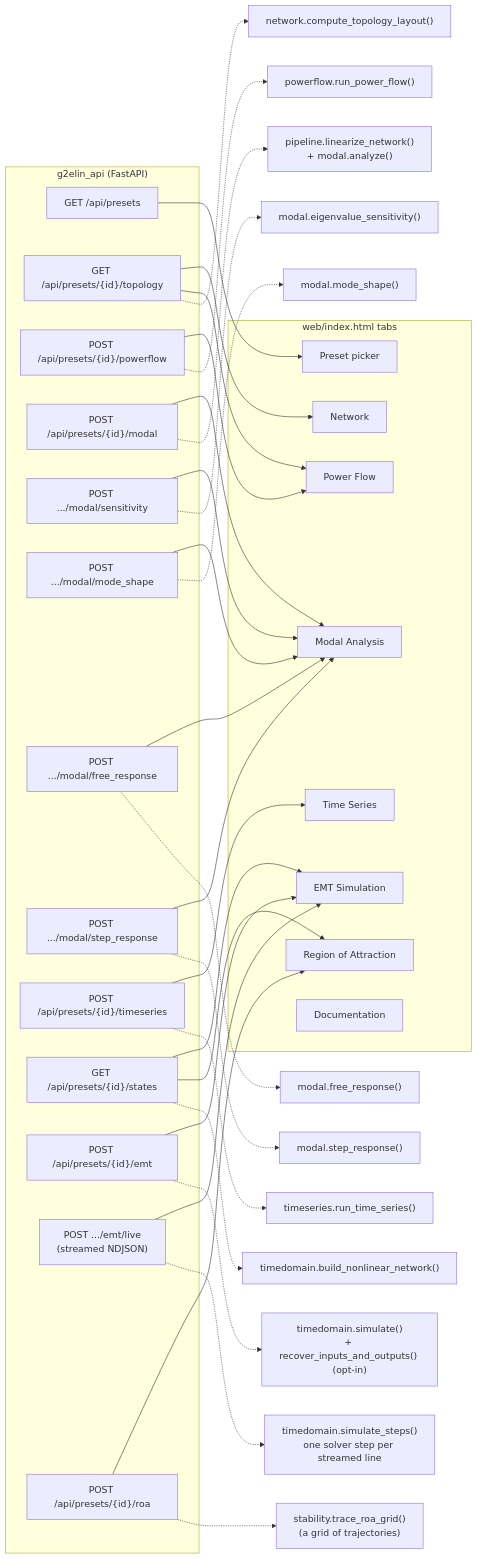
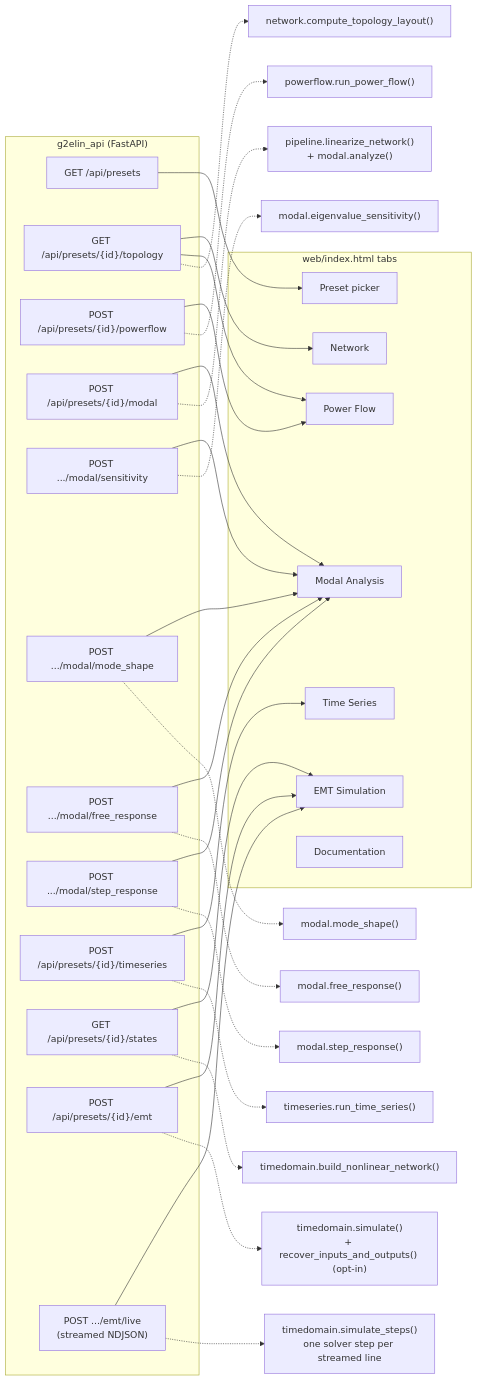
Before and after one commit to FKELADA/G2ELin: the first of 2 diagrams in python/docs/sphinx/api_and_web.md, drawn with Mermaid. The commit also changed other lines of this file and 33 other files, not shown here.

````diff
--- a/python/docs/sphinx/api_and_web.md
+++ b/python/docs/sphinx/api_and_web.md
@@ -12,56 +12,51 @@
 ```{mermaid}
 flowchart LR
     subgraph API["g2elin_api (FastAPI)"]
         EP1["GET /api/presets"]
         EPT["GET /api/presets/{id}/topology"]
         EP2["POST /api/presets/{id}/powerflow"]
         EP3["POST /api/presets/{id}/modal"]
         EP3S["POST .../modal/sensitivity"]
         EP3M["POST .../modal/mode_shape"]
         EP3F["POST .../modal/free_response"]
         EP3R["POST .../modal/step_response"]
         EP4["POST /api/presets/{id}/timeseries"]
         EP5["GET /api/presets/{id}/states"]
         EP6["POST /api/presets/{id}/emt"]
         EP6L["POST .../emt/live<br/>(streamed NDJSON)"]
-        EP7["POST /api/presets/{id}/roa"]
     end
     subgraph UI["web/index.html tabs"]
         T0["Preset picker"]
         T1["Power Flow"]
         T2["Modal Analysis"]
         T3["Time Series"]
         TN["Network"]
         T4["EMT Simulation"]
-        T5["Region of Attraction"]
         T6["Documentation"]
     end
     EP1 --> T0
     EPT --> TN
     EPT --> T1
     EP2 --> T1
     EP3 --> T2
     EP3S --> T2
     EP3M --> T2
     EP3F --> T2
     EP3R --> T2
     EP4 --> T3
     EP5 --> T4
-    EP5 --> T5
     EP6 --> T4
     EP6L --> T4
-    EP7 --> T5
 
     EPT -.-> TOPO["network.compute_topology_layout()"]
     EP2 -.-> PF["powerflow.run_power_flow()"]
     EP3 -.-> PIPE["pipeline.linearize_network()<br/>+ modal.analyze()"]
     EP3S -.-> SENS["modal.eigenvalue_sensitivity()"]
     EP3M -.-> MSH["modal.mode_shape()"]
     EP3F -.-> FREE["modal.free_response()"]
     EP3R -.-> STEP["modal.step_response()"]
     EP4 -.-> TS["timeseries.run_time_series()"]
     EP5 -.-> BNM["timedomain.build_nonlinear_network()"]
     EP6 -.-> EMT["timedomain.simulate()<br/>+ recover_inputs_and_outputs() (opt-in)"]
     EP6L -.-> EMTLIVE["timedomain.simulate_steps()<br/>one solver step per streamed line"]
-    EP7 -.-> ROA["stability.trace_roa_grid()<br/>(a grid of trajectories)"]
 ```
````
